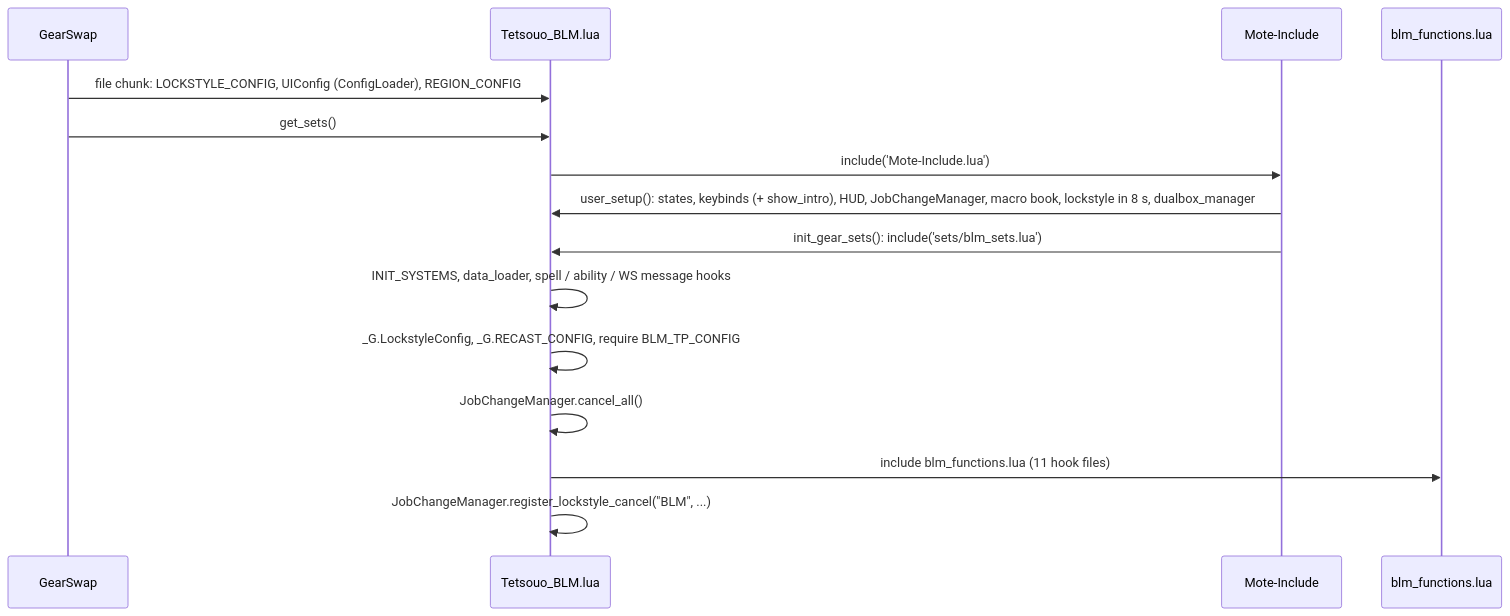
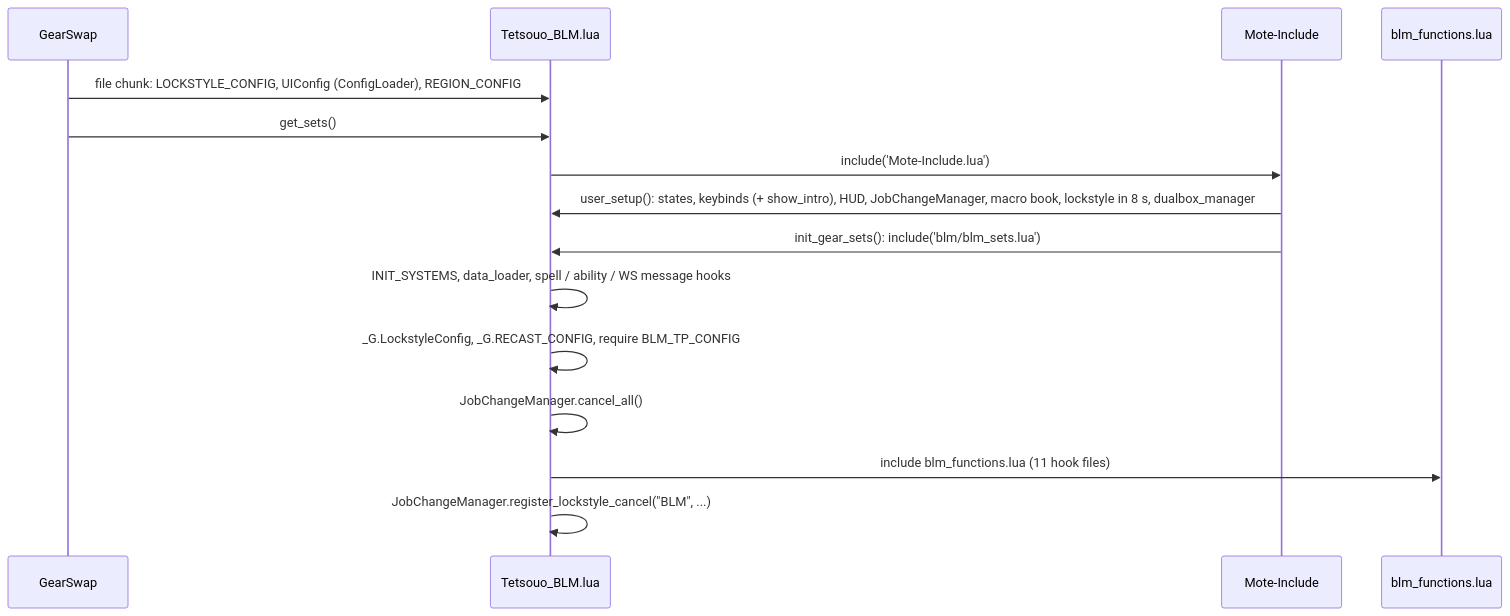
One commit to ejouanchicot/Gearswap changed the first of 4 diagrams in docs/dev/jobs/blm.md. Above: the diagram before and after it, drawn with Mermaid. The commit also changed other lines of this file and 248 other files, not shown here.

````diff
--- a/docs/dev/jobs/blm.md
+++ b/docs/dev/jobs/blm.md
@@ -89,17 +89,17 @@
 ```mermaid
 sequenceDiagram
     participant GS as GearSwap
     participant E as Tetsouo_BLM.lua
     participant M as Mote-Include
     participant F as blm_functions.lua
     GS->>E: file chunk: LOCKSTYLE_CONFIG, UIConfig (ConfigLoader), REGION_CONFIG
     GS->>E: get_sets()
     E->>M: include('Mote-Include.lua')
     M->>E: user_setup(): states, keybinds (+ show_intro), HUD, JobChangeManager, macro book, lockstyle in 8 s, dualbox_manager
-    M->>E: init_gear_sets(): include('sets/blm_sets.lua')
+    M->>E: init_gear_sets(): include('blm/blm_sets.lua')
     E->>E: INIT_SYSTEMS, data_loader, spell / ability / WS message hooks
     E->>E: _G.LockstyleConfig, _G.RECAST_CONFIG, require BLM_TP_CONFIG
     E->>E: JobChangeManager.cancel_all()
     E->>F: include blm_functions.lua (11 hook files)
     E->>E: JobChangeManager.register_lockstyle_cancel("BLM", ...)
 ```
````
